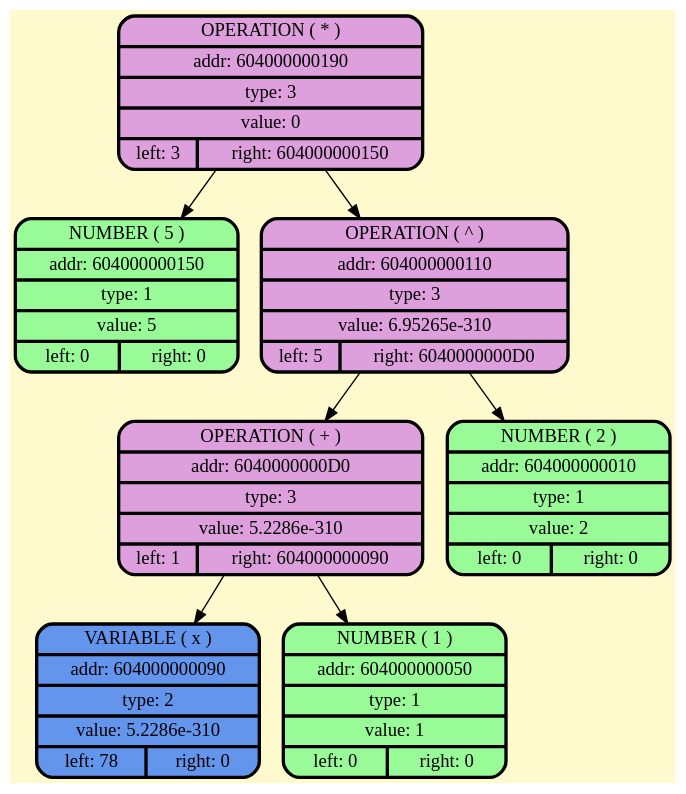
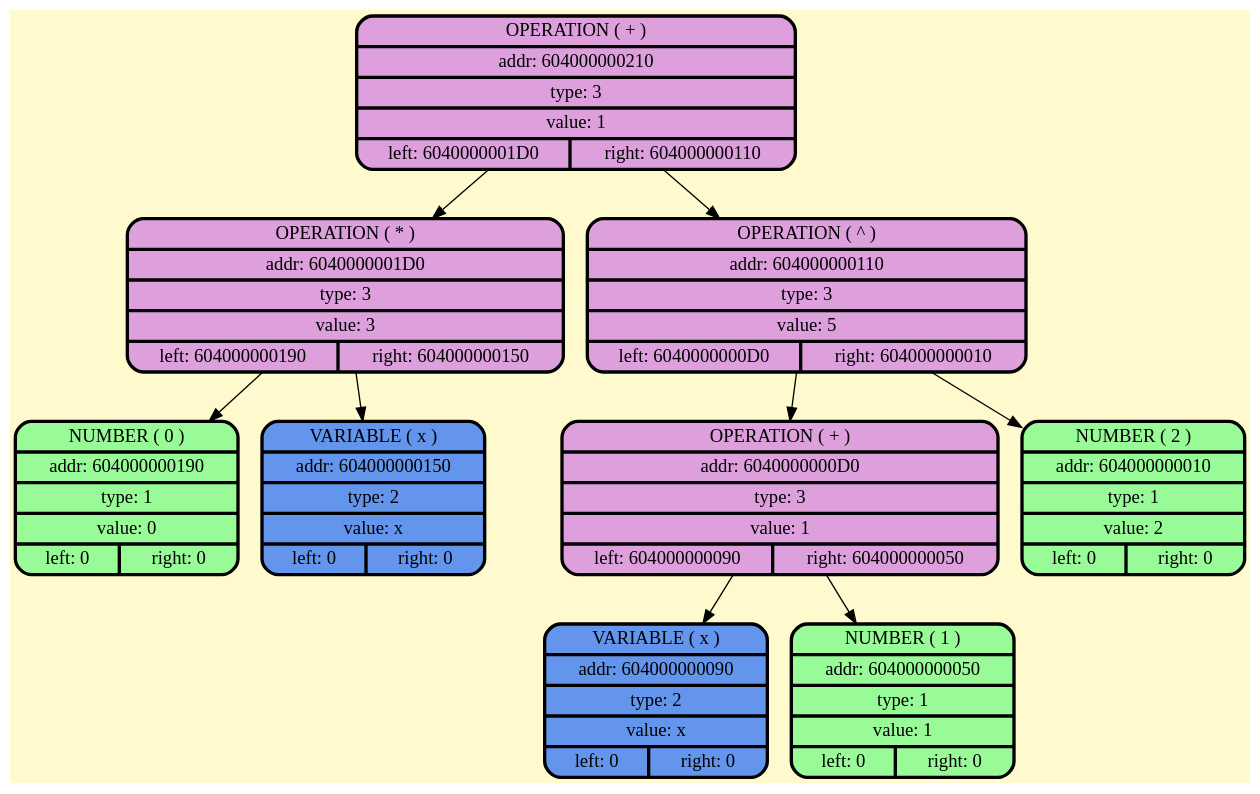
One commit to BulgakovDmitry/differentiator changed the diagram in dump/root.gv. Above: the diagram before and after it, drawn with Graphviz. The commit also changed 32 other files, not shown here.

```diff
--- a/dump/root.gv
+++ b/dump/root.gv
@@ -1,18 +1,22 @@
 digraph G {
     node [style=filled, fontcolor=darkblue, fillcolor=peachpuff, color="#252A34", penwidth=2.5];
     bgcolor="lemonchiffon";
 
-node_0x604000000190 [shape=Mrecord; style = filled; fillcolor=plum; color = "#000000"; fontcolor = "#000000";label=" {OPERATION ( * ) | addr: 604000000190 | type: 3 | value: 0 | {left: 3 | right: 604000000150}} "];
-    node_0x604000000150 [shape=Mrecord; style = filled; fillcolor = palegreen; color = "#000000"; fontcolor = "#000000";  label="  {NUMBER ( 5 )| addr: 604000000150 | type: 1| value: 5 | {left: 0 | right: 0}} "];
-node_0x604000000110 [shape=Mrecord; style = filled; fillcolor=plum; color = "#000000"; fontcolor = "#000000";label=" {OPERATION ( ^ ) | addr: 604000000110 | type: 3 | value: 6.95265e-310 | {left: 5 | right: 6040000000D0}} "];
-node_0x6040000000d0 [shape=Mrecord; style = filled; fillcolor=plum; color = "#000000"; fontcolor = "#000000";label=" {OPERATION ( + ) | addr: 6040000000D0 | type: 3 | value: 5.2286e-310 | {left: 1 | right: 604000000090}} "];
-    node_0x604000000090 [shape=Mrecord; style = filled; fillcolor = cornflowerblue; color = "#000000"; fontcolor = "#000000";  label="  {VARIABLE ( x )| addr: 604000000090 | type: 2| value: 5.2286e-310 | {left: 78 | right: 0}} "];
+node_0x604000000210 [shape=Mrecord; style = filled; fillcolor=plum; color = "#000000"; fontcolor = "#000000";label=" {OPERATION ( + ) | addr: 604000000210 | type: 3 | value: 1 | {left: 6040000001D0 | right: 604000000110}} "];
+node_0x6040000001d0 [shape=Mrecord; style = filled; fillcolor=plum; color = "#000000"; fontcolor = "#000000";label=" {OPERATION ( * ) | addr: 6040000001D0 | type: 3 | value: 3 | {left: 604000000190 | right: 604000000150}} "];
+    node_0x604000000190 [shape=Mrecord; style = filled; fillcolor = palegreen; color = "#000000"; fontcolor = "#000000";  label="  {NUMBER ( 0 )| addr: 604000000190 | type: 1| value: 0 | {left: 0 | right: 0}} "];
+    node_0x604000000150 [shape=Mrecord; style = filled; fillcolor = cornflowerblue; color = "#000000"; fontcolor = "#000000";  label="  {VARIABLE ( x )| addr: 604000000150 | type: 2| value: x | {left: 0 | right: 0}} "];
+node_0x604000000110 [shape=Mrecord; style = filled; fillcolor=plum; color = "#000000"; fontcolor = "#000000";label=" {OPERATION ( ^ ) | addr: 604000000110 | type: 3 | value: 5 | {left: 6040000000D0 | right: 604000000010}} "];
+node_0x6040000000d0 [shape=Mrecord; style = filled; fillcolor=plum; color = "#000000"; fontcolor = "#000000";label=" {OPERATION ( + ) | addr: 6040000000D0 | type: 3 | value: 1 | {left: 604000000090 | right: 604000000050}} "];
+    node_0x604000000090 [shape=Mrecord; style = filled; fillcolor = cornflowerblue; color = "#000000"; fontcolor = "#000000";  label="  {VARIABLE ( x )| addr: 604000000090 | type: 2| value: x | {left: 0 | right: 0}} "];
     node_0x604000000050 [shape=Mrecord; style = filled; fillcolor = palegreen; color = "#000000"; fontcolor = "#000000";  label="  {NUMBER ( 1 )| addr: 604000000050 | type: 1| value: 1 | {left: 0 | right: 0}} "];
     node_0x604000000010 [shape=Mrecord; style = filled; fillcolor = palegreen; color = "#000000"; fontcolor = "#000000";  label="  {NUMBER ( 2 )| addr: 604000000010 | type: 1| value: 2 | {left: 0 | right: 0}} "];
-    node_0x604000000190 -> node_0x604000000150;
-    node_0x604000000190 -> node_0x604000000110;
+    node_0x604000000210 -> node_0x6040000001d0;
+    node_0x6040000001d0 -> node_0x604000000190;
+    node_0x6040000001d0 -> node_0x604000000150;
+    node_0x604000000210 -> node_0x604000000110;
     node_0x604000000110 -> node_0x6040000000d0;
     node_0x6040000000d0 -> node_0x604000000090;
     node_0x6040000000d0 -> node_0x604000000050;
     node_0x604000000110 -> node_0x604000000010;
 }
```
